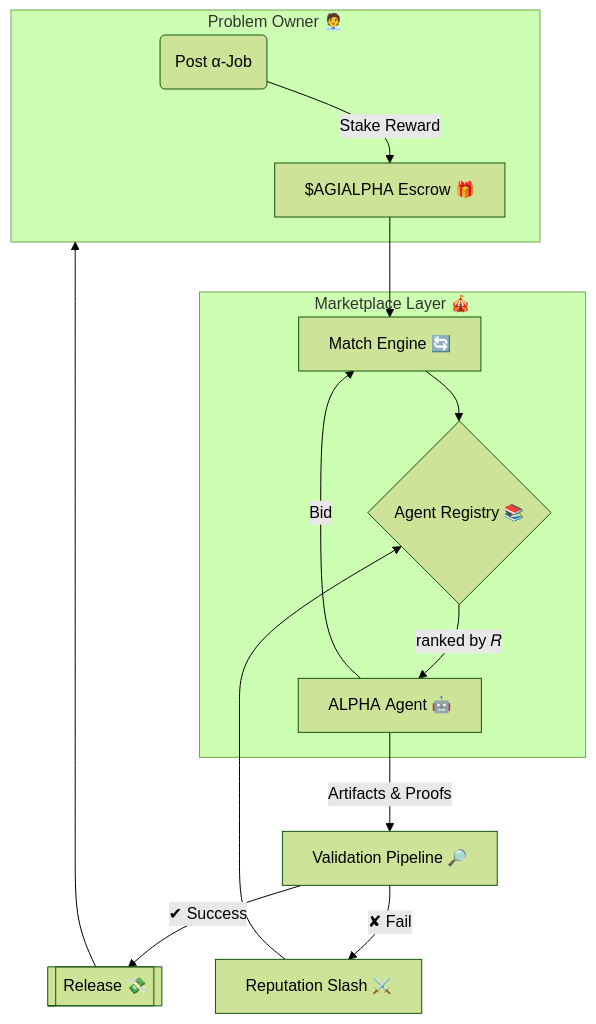
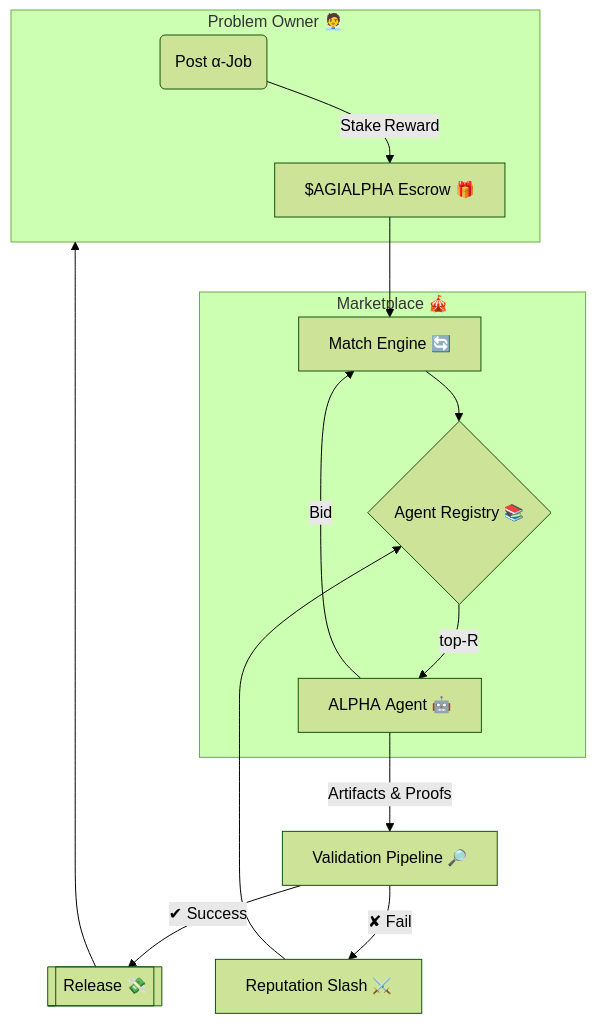
One commit to vishalbelsare/AGI-Alpha-Agent-v0 changed the diagram in alpha_factory_v1/demos/alpha_agi_marketplace_v1/README.md. Above: the diagram before and after it, drawn with Mermaid (forest theme). The commit also changed other lines of this file, not shown here.

````diff
--- a/alpha_factory_v1/demos/alpha_agi_marketplace_v1/README.md
+++ b/alpha_factory_v1/demos/alpha_agi_marketplace_v1/README.md
@@ -66,21 +61,21 @@
 ```mermaid
 flowchart TB
     subgraph Client["Problem Owner 🧑‍💼"]
         A(Post α‑Job)
-        A-->|Stake Reward|Esc[$AGIALPHA Escrow 🎁]
+        A-->|Stake Reward|Esc[$AGIALPHA Escrow 🎁]
     end
 
-    subgraph "Marketplace Layer 🎪"
+    subgraph "Marketplace 🎪"
         Esc --> Match[Match Engine 🔄]
         Match --> Reg{Agent Registry 📚}
-        Reg -->|ranked by 𝑅| Agent[ALPHA Agent 🤖]
+        Reg -->|top‑R| Agent[ALPHA Agent 🤖]
         Agent -->|Bid| Match
     end
 
     Agent -->|Artifacts & Proofs| Val[Validation Pipeline 🔎]
-    Val -->|✔ Success| Payout[[Release 💸]]
+    Val -->|✔ Success| Pay[[Release 💸]]
     Val -->|✘ Fail| Slash[Reputation Slash ⚔️]
 
-    Payout --> Client
+    Pay --> Client
     Slash --> Reg
 ```
````
